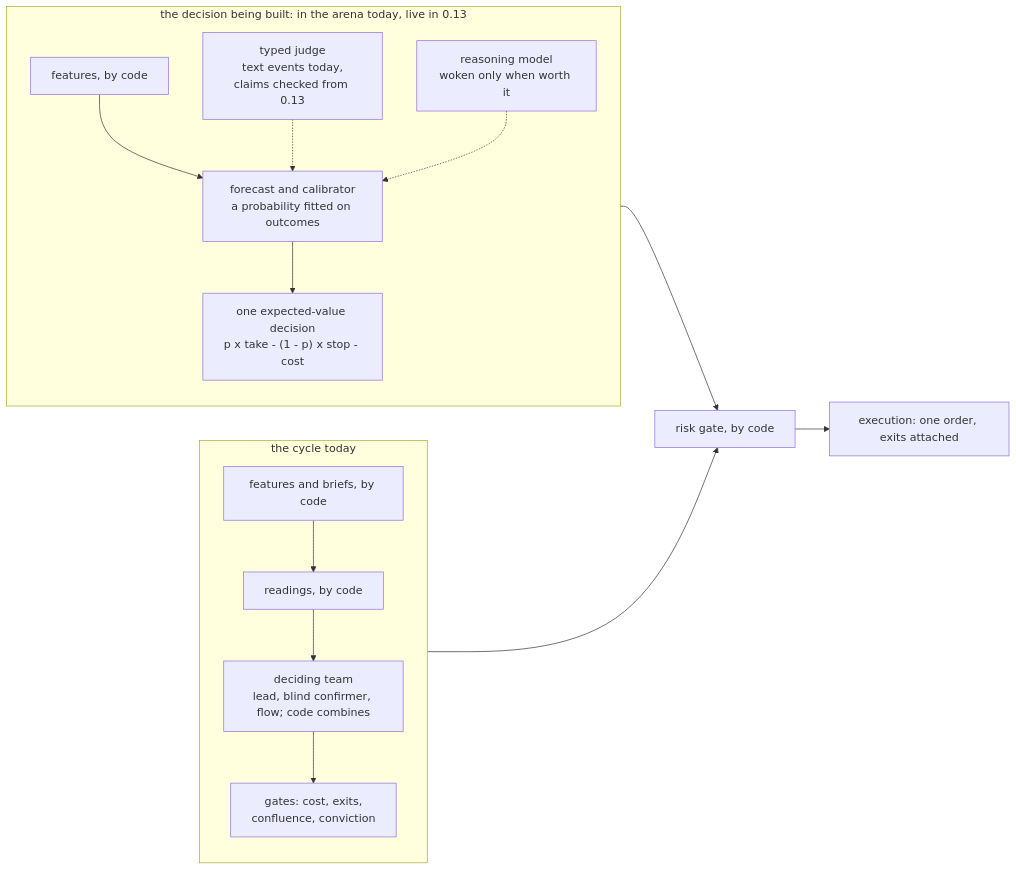
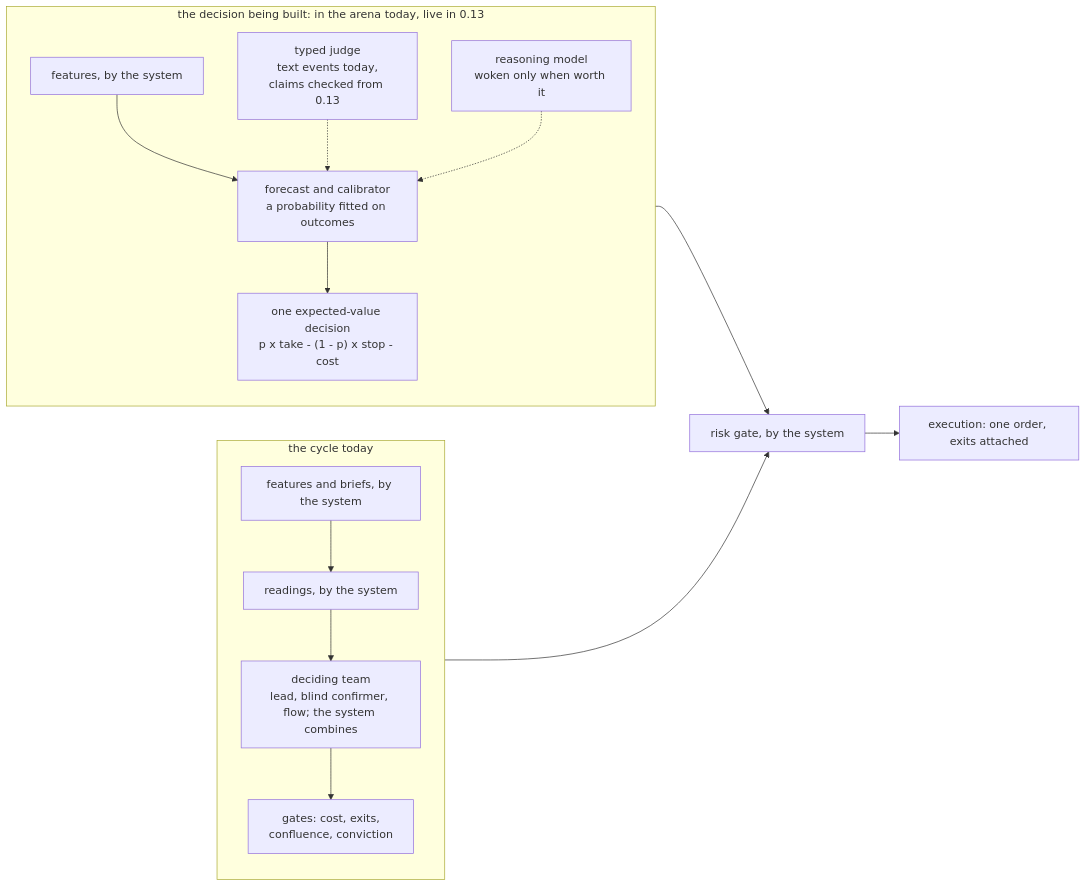
Before and after one commit to BijectiveLabs/bitra: the second of 3 diagrams in docs/opensource/architecture.md, drawn with Mermaid. The commit also changed other lines of this file and 21 other files, not shown here.

Commit message:
docs: the system, not code, for what the software does

````diff
--- a/docs/opensource/architecture.md
+++ b/docs/opensource/architecture.md
@@ -217,19 +217,19 @@
 ```mermaid
 flowchart LR
     subgraph now["the cycle today"]
         direction TB
-        f1["features and briefs, by code"] --> r1["readings, by code"]
-        r1 --> m1["deciding team<br/>lead, blind confirmer, flow; code combines"]
+        f1["features and briefs, by the system"] --> r1["readings, by the system"]
+        r1 --> m1["deciding team<br/>lead, blind confirmer, flow; the system combines"]
         m1 --> g1["gates: cost, exits,<br/>confluence, conviction"]
     end
     subgraph next["the decision being built: in the arena today, live in 0.13"]
         direction TB
-        f2["features, by code"] --> fc["forecast and calibrator<br/>a probability fitted on outcomes"]
+        f2["features, by the system"] --> fc["forecast and calibrator<br/>a probability fitted on outcomes"]
         j2["typed judge<br/>text events today,<br/>claims checked from 0.13"] -.-> fc
         s2["reasoning model<br/>woken only when worth it"] -.-> fc
         fc --> ev["one expected-value decision<br/>p x take - (1 - p) x stop - cost"]
     end
-    g1 --> gate["risk gate, by code"]
+    g1 --> gate["risk gate, by the system"]
     ev --> gate
     gate --> ex["execution: one order, exits attached"]
 ```
````
